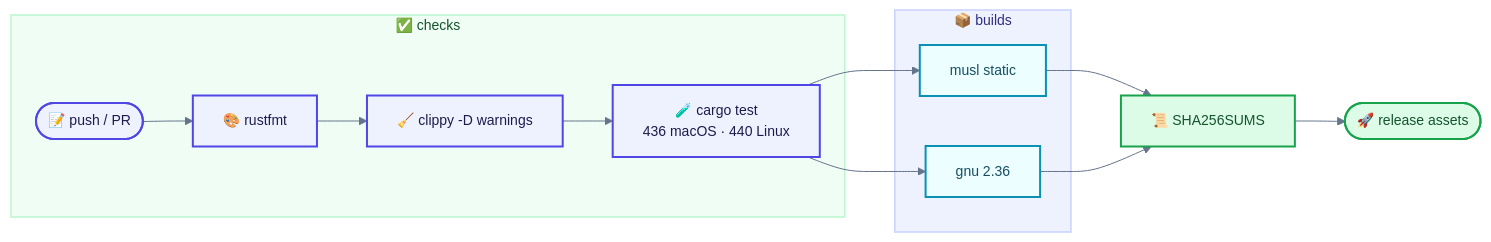
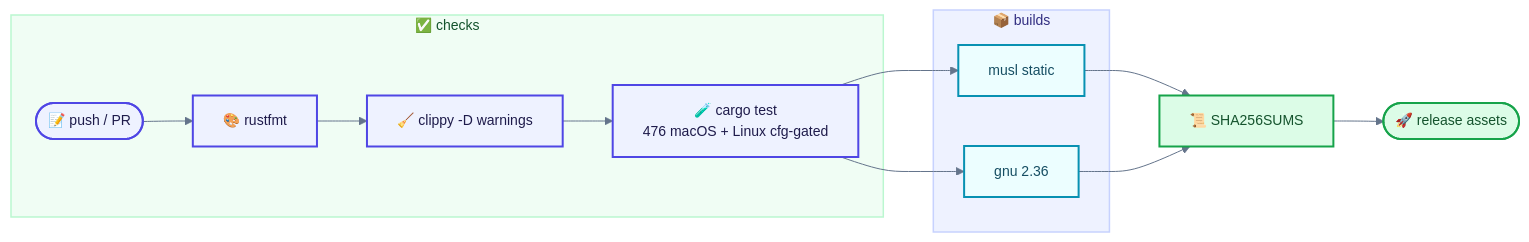
Diagram 25 of 25 in README.md (Terutoki/MyQUIC2), drawn with Mermaid before and after one commit. The commit also changed other lines of this file and 24 other files, not shown here.

````diff
--- a/README.md
+++ b/README.md
@@ -1591,32 +1607,32 @@
 ```mermaid
 %%{init: {"theme":"base","themeVariables":{"fontSize":"14px","lineColor":"#64748b"}}}%%
 flowchart LR
 subgraph CHECK["✅ checks"]
         C(["📝 push / PR"]) --> F["🎨 rustfmt"]
         F --> L["🧹 clippy -D warnings"]
-        L --> T["🧪 cargo test<br/>436 macOS · 440 Linux"]
+        L --> T["🧪 cargo test<br/>476 macOS + Linux cfg-gated"]
     end
     subgraph BUILD["📦 builds"]
         M["musl static"]
         G["gnu 2.36"]
     end
     T --> M
     T --> G
     M --> A["📜 SHA256SUMS"]
     G --> A
     A --> R(["🚀 release assets"])
     class C,F,L,T coreC
     class M,G wireC
     class A,R clientC
     style CHECK fill:#f0fdf4,stroke:#bbf7d0,stroke-width:1.5px,color:#14532d
     style BUILD fill:#eef2ff,stroke:#c7d2fe,stroke-width:1.5px,color:#312e81
 
     classDef clientC fill:#dcfce7,stroke:#16a34a,stroke-width:2px,color:#14532d
     classDef coreC fill:#eef2ff,stroke:#4f46e5,stroke-width:2px,color:#1e1b4b
     classDef wireC fill:#ecfeff,stroke:#0891b2,stroke-width:2px,color:#164e63
     classDef warmC fill:#fff7ed,stroke:#fb923c,stroke-width:2px,color:#7c2d12
     classDef dangerC fill:#fff1f2,stroke:#e11d48,stroke-width:2px,color:#881337
     classDef muteC fill:#f8fafc,stroke:#cbd5e1,color:#475569
     classDef noteC fill:#e0e7ff,stroke:#8b5cf6,stroke-width:1.5px,color:#312e81
     classDef decisionC fill:#fef9c3,stroke:#eab308,stroke-width:2px,color:#713f12
 ```
````
